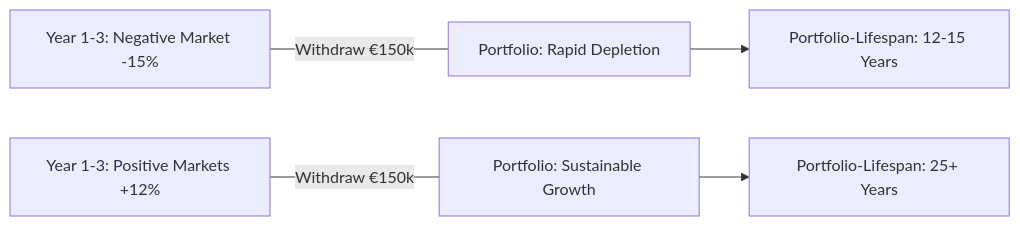
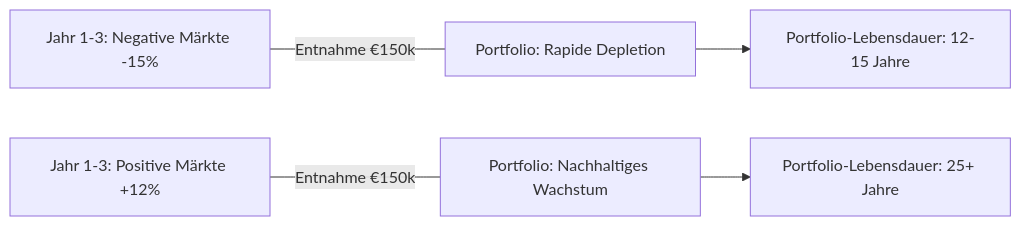
Before and after one commit to satwareAG/satware.ai: the second of 3 diagrams in docs/blog/posts/2025-05-25-sequential-thinking-revolution.md, drawn with Mermaid. The commit also changed other lines of this file, not shown here.

````diff
--- a/docs/blog/posts/2025-05-25-sequential-thinking-revolution.md
+++ b/docs/blog/posts/2025-05-25-sequential-thinking-revolution.md
@@ -144,8 +144,8 @@
 ```mermaid
 graph LR
-    A[Year 1-3: Negative Market -15%] ---|Withdraw €150k| B[Portfolio: Rapid Depletion]
-    C[Year 1-3: Positive Markets +12%] ---|Withdraw €150k| D[Portfolio: Sustainable Growth]
+    A[Jahr 1-3: Negative Märkte -15%] ---|Entnahme €150k| B[Portfolio: Rapide Depletion]
+    C[Jahr 1-3: Positive Märkte +12%] ---|Entnahme €150k| D[Portfolio: Nachhaltiges Wachstum]
     
-    B --> E[Portfolio-Lifespan: 12-15 Years]
-    D --> F[Portfolio-Lifespan: 25+ Years]
+    B --> E[Portfolio-Lebensdauer: 12-15 Jahre]
+    D --> F[Portfolio-Lebensdauer: 25+ Jahre]
 ```
````
